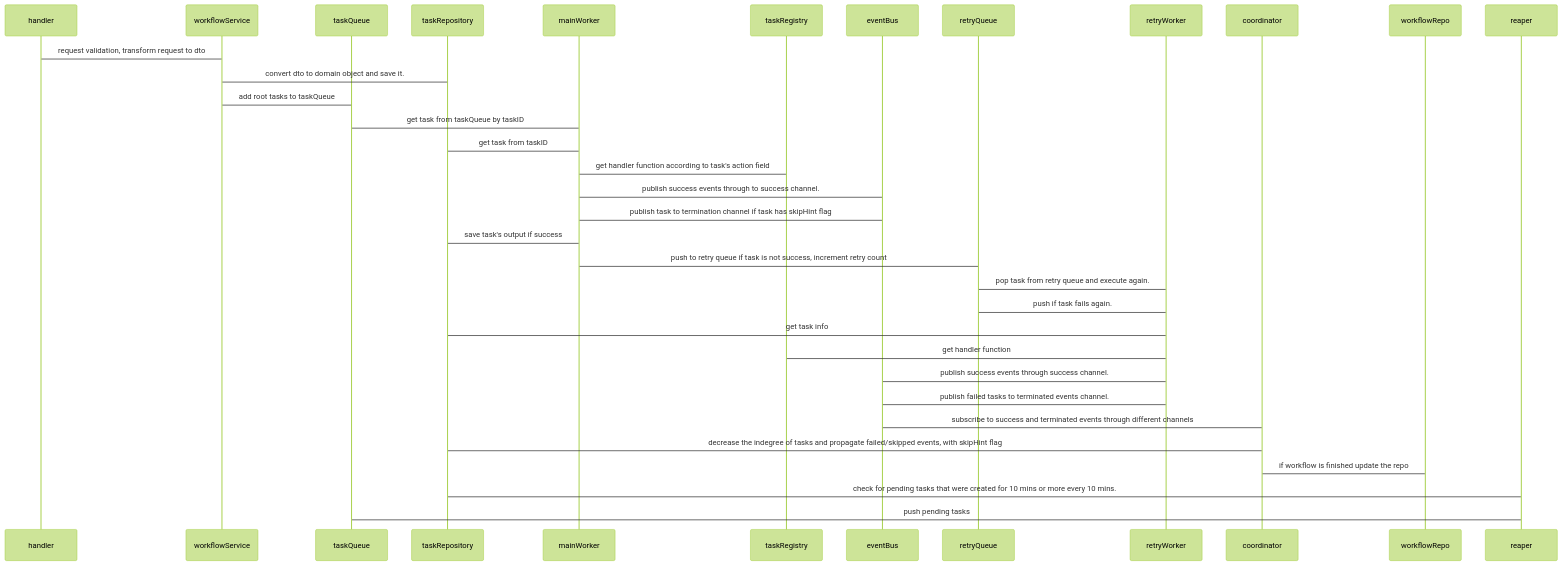
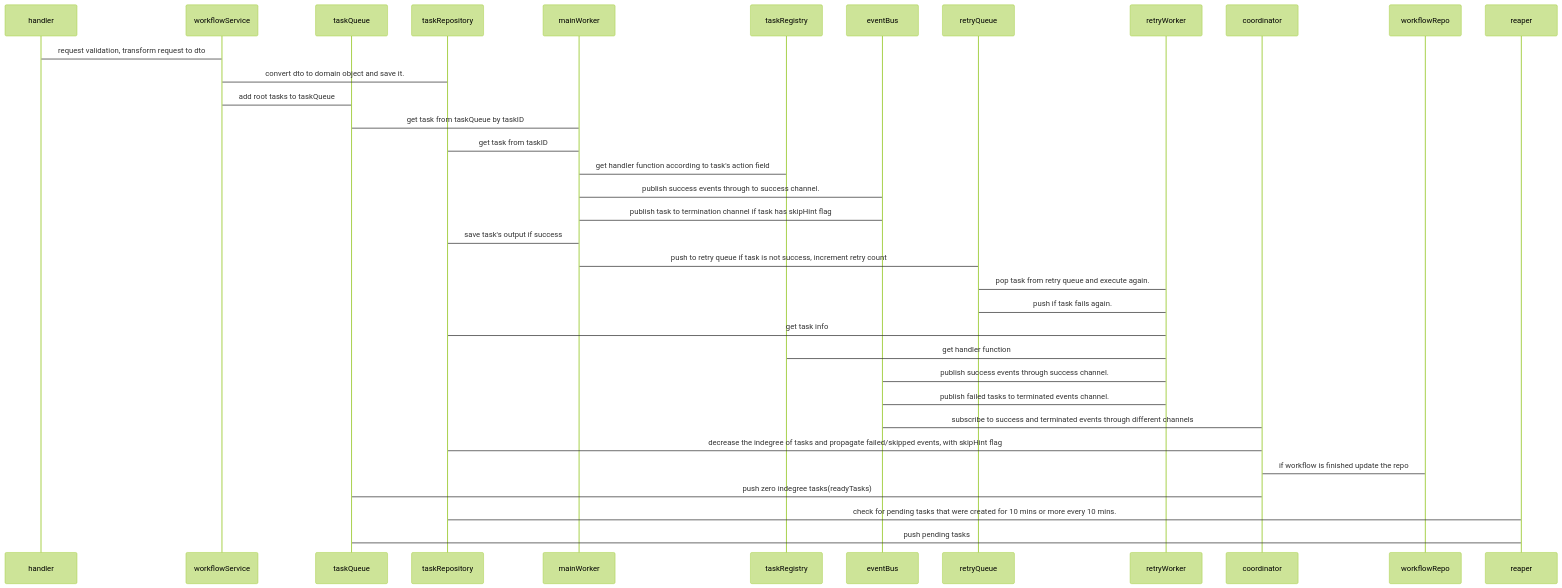
Before and after one commit to aadarshkt/temporal-java: the diagram in README.md, drawn with Mermaid (forest theme). The commit also changed other lines of this file, not shown here.

````diff
--- a/README.md
+++ b/README.md
@@ -32,42 +33,43 @@
 ```mermaid
 sequenceDiagram
     participant handler
     participant workflowService
     participant taskQueue
     participant taskRepository
     participant mainWorker
     participant taskRegistry
     participant eventBus
     participant retryQueue
     participant retryWorker
     participant coordinator
     participant workflowRepo
     participant reaper
 
     handler -> workflowService: request validation, transform request to dto
    workflowService -> taskRepository: convert dto to domain object and save it. 
    workflowService -> taskQueue: add root tasks to taskQueue
 
 
    mainWorker -> taskQueue: get task from taskQueue by taskID
    mainWorker -> taskRepository: get task from taskID
    mainWorker -> taskRegistry: get handler function according to task's action field
    mainWorker -> eventBus: publish success events through to success channel.
    mainWorker -> eventBus: publish task to termination channel if task has skipHint flag
    mainWorker -> taskRepository: save task's output if success
    mainWorker -> retryQueue: push to retry queue if task is not success, increment retry count
    retryWorker -> retryQueue: pop task from retry queue and execute again.
    retryWorker -> retryQueue: push if task fails again.
    retryWorker -> taskRepository: get task info
    retryWorker -> taskRegistry: get handler function
    retryWorker -> eventBus: publish success events through success channel.
    retryWorker -> eventBus: publish failed tasks to terminated events channel.
 
    coordinator -> eventBus: subscribe to success and terminated events through different channels
    coordinator -> taskRepository: decrease the indegree of tasks and propagate failed/skipped events, with skipHint flag
    coordinator -> workflowRepo: if workflow is finished update the repo
+   coordinator -> taskQueue: push zero indegree tasks(readyTasks)
 
    reaper ->taskRepository: check for pending tasks that were created for 10 mins or more every 10 mins. 
 
    reaper -> taskQueue: push pending tasks
 ```
````
